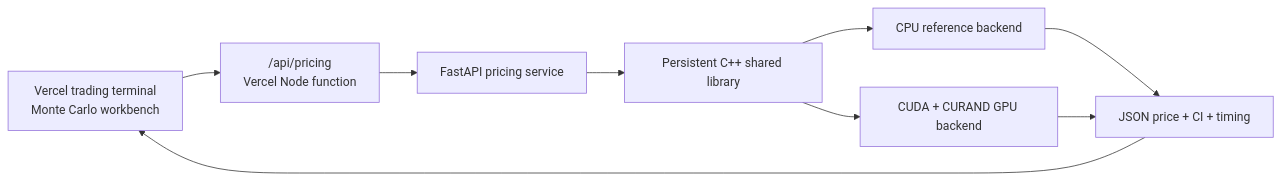
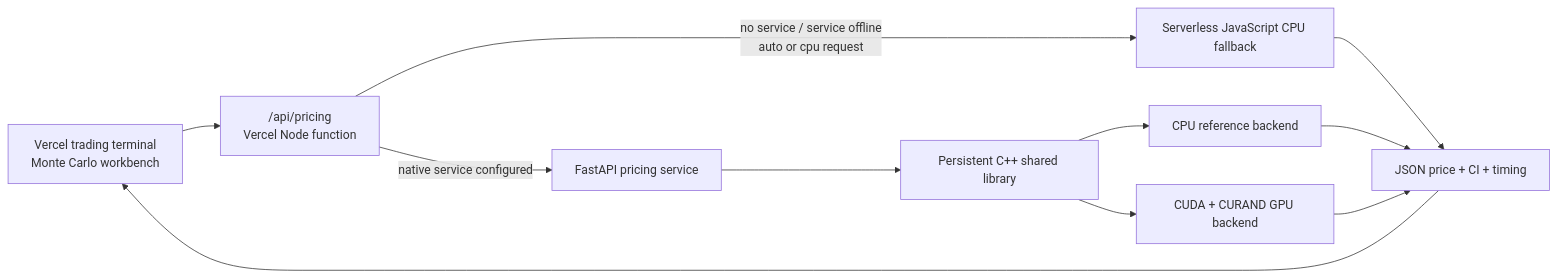
One commit to ram-mittal/UltraLOB changed the second of 2 diagrams in README.md. Above: the diagram before and after it, drawn with Mermaid. The commit also changed other lines of this file, not shown here.

Commit message:
Document Vercel CPU fallback in hosted pricing architecture

````diff
--- a/README.md
+++ b/README.md
@@ -319,11 +319,13 @@
 ```mermaid
 flowchart LR
   UI["Vercel trading terminal<br/>Monte Carlo workbench"] --> PROXY["/api/pricing<br/>Vercel Node function"]
-  PROXY --> API["FastAPI pricing service"]
+  PROXY -->|native service configured| API["FastAPI pricing service"]
+  PROXY -->|no service / service offline<br/>auto or cpu request| FALLBACK["Serverless JavaScript CPU fallback"]
+  FALLBACK --> RESULT["JSON price + CI + timing"]
   API --> LIB["Persistent C++ shared library"]
   LIB --> CPU["CPU reference backend"]
   LIB --> CUDA["CUDA + CURAND GPU backend"]
   CPU --> RESULT["JSON price + CI + timing"]
   CUDA --> RESULT
   RESULT --> UI
 ```
````
